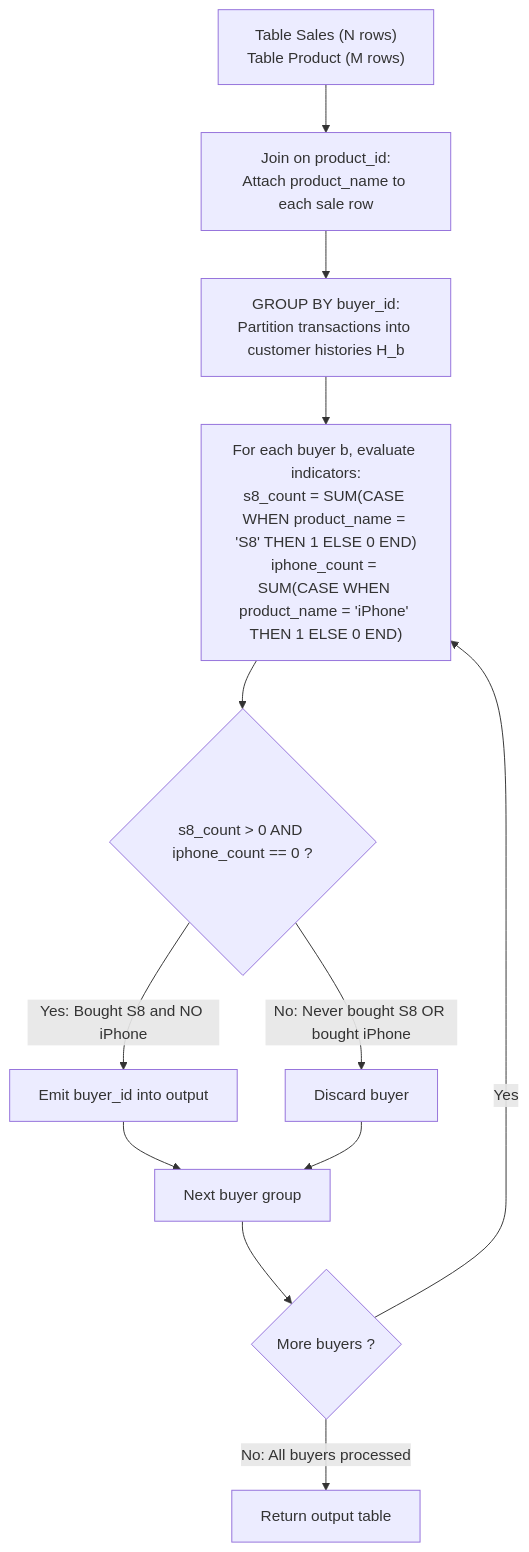
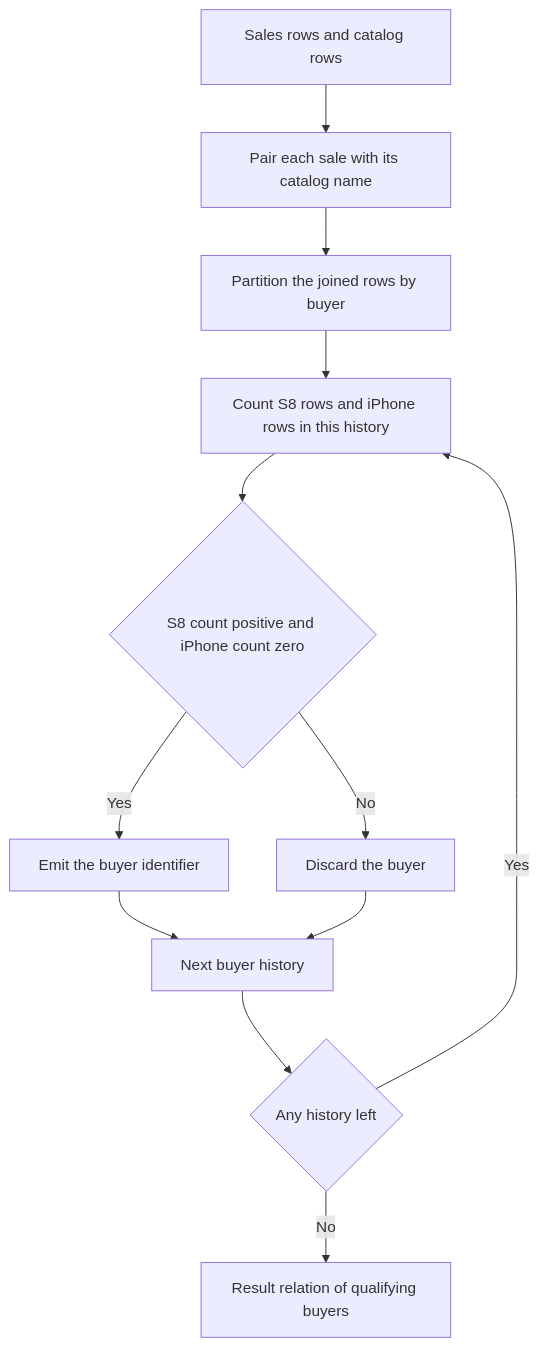
The diagram in dsa/leetcode/1083_sales-analysis-ii/guided_example.md (dawei7/code_n), drawn with Mermaid before and after one commit. The commit also changed other lines of this file and 24 other files, not shown here.

````diff
--- a/dsa/leetcode/1083_sales-analysis-ii/guided_example.md
+++ b/dsa/leetcode/1083_sales-analysis-ii/guided_example.md
@@ -118,16 +129,16 @@
 ```mermaid
 flowchart TD
-    accTitle: Sales Analysis II Pipeline
-    accDescr: Flowchart illustrating hash join of Sales with Product, grouping by buyer, and applying conditional indicator aggregation
-    Start["Table Sales (N rows)\nTable Product (M rows)"] --> HashJoin["Join on product_id:\nAttach product_name to each sale row"]
-    HashJoin --> GroupBuyer["GROUP BY buyer_id:\nPartition transactions into customer histories H_b"]
-    GroupBuyer --> CalcIndicators["For each buyer b, evaluate indicators:\ns8_count = SUM(CASE WHEN product_name = 'S8' THEN 1 ELSE 0 END)\niphone_count = SUM(CASE WHEN product_name = 'iPhone' THEN 1 ELSE 0 END)"]
-    CalcIndicators --> CheckFilter{"s8_count > 0 AND iphone_count == 0 ?"}
-    CheckFilter -->|"Yes: Bought S8 and NO iPhone"| RetainBuyer["Emit buyer_id into output"]
-    CheckFilter -->|"No: Never bought S8 OR bought iPhone"| DiscardBuyer["Discard buyer"]
-    RetainBuyer --> NextBuyer["Next buyer group"]
-    DiscardBuyer --> NextBuyer
-    NextBuyer --> CheckDone{"More buyers ?"}
-    CheckDone -->|"Yes"| CalcIndicators
-    CheckDone -->|"No: All buyers processed"| Finish["Return output table"]
+    accTitle: Buyer Eligibility Pipeline
+    accDescr: Sales rows are paired with catalog names, partitioned into per-buyer histories, and each history is tested for a positive S8 count and a zero iPhone count before the buyer is emitted
+    Rows["Sales rows and catalog rows"] --> Join["Pair each sale with its catalog name"]
+    Join --> Group["Partition the joined rows by buyer"]
+    Group --> Count["Count S8 rows and iPhone rows in this history"]
+    Count --> Test{"S8 count positive and iPhone count zero"}
+    Test -->|"Yes"| Emit["Emit the buyer identifier"]
+    Test -->|"No"| Skip["Discard the buyer"]
+    Emit --> Next["Next buyer history"]
+    Skip --> Next
+    Next --> Done{"Any history left"}
+    Done -->|"Yes"| Count
+    Done -->|"No"| Out["Result relation of qualifying buyers"]
 ```
````
